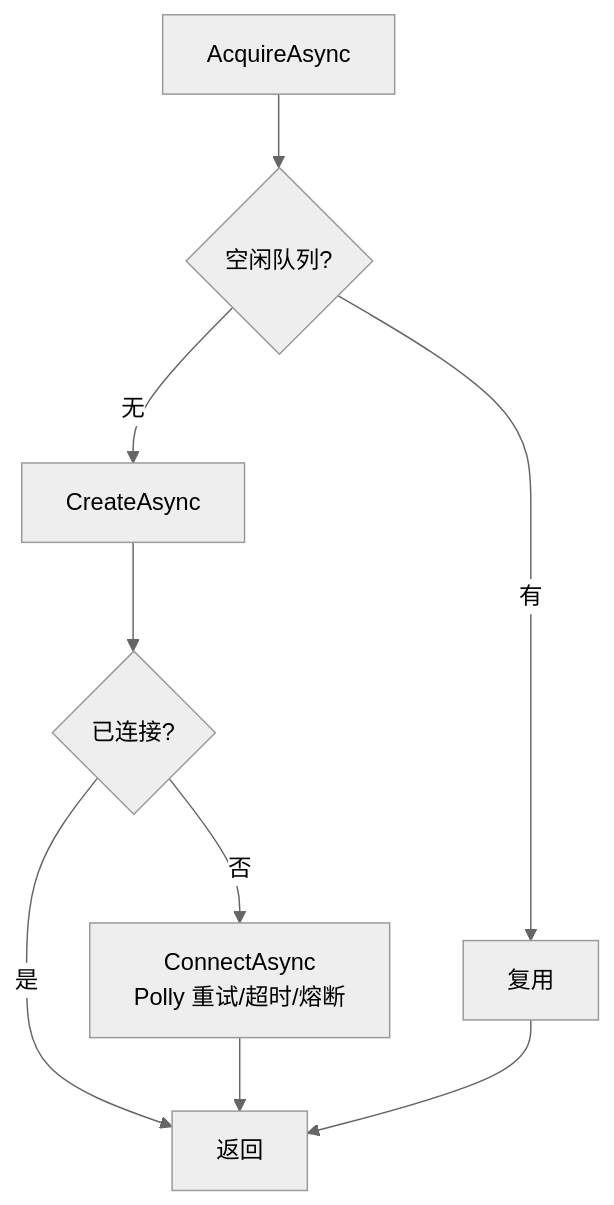
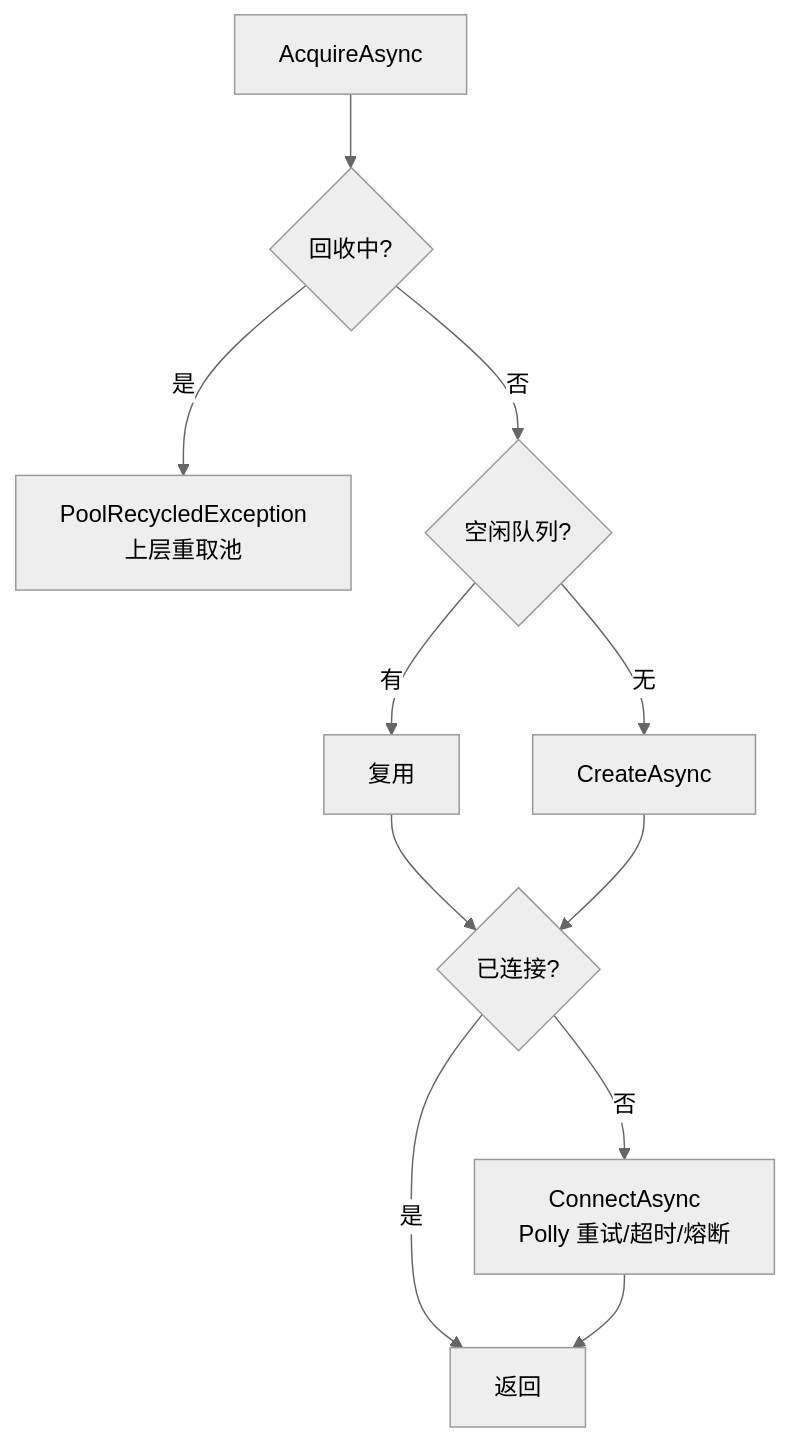
One commit to justinzhou0928/Plc-Library changed the third of 3 diagrams in DEVELOPMENT.md. Above: the diagram before and after it, drawn with Mermaid. The commit also changed other lines of this file and 64 other files, not shown here.

````diff
--- a/DEVELOPMENT.md
+++ b/DEVELOPMENT.md
@@ -138,12 +110,14 @@
 ```mermaid
 %%{init: {'theme': 'neutral'}}%%
 flowchart TD
-    A[AcquireAsync] --> B{空闲队列?}
-    B -->|有| C[复用]
-    B -->|无| D[CreateAsync]
-    D --> E{已连接?}
-    E -->|否| F[ConnectAsync<br/>Polly 重试/超时/熔断]
-    E -->|是| G[返回]
-    F --> G
-    C --> G
+    A[AcquireAsync] --> B{回收中?}
+    B -->|是| R[PoolRecycledException<br/>上层重取池]
+    B -->|否| C{空闲队列?}
+    C -->|有| D[复用]
+    C -->|无| E[CreateAsync]
+    D --> F{已连接?}
+    E --> F
+    F -->|否| G[ConnectAsync<br/>Polly 重试/超时/熔断]
+    F -->|是| H[返回]
+    G --> H
 ```
````
